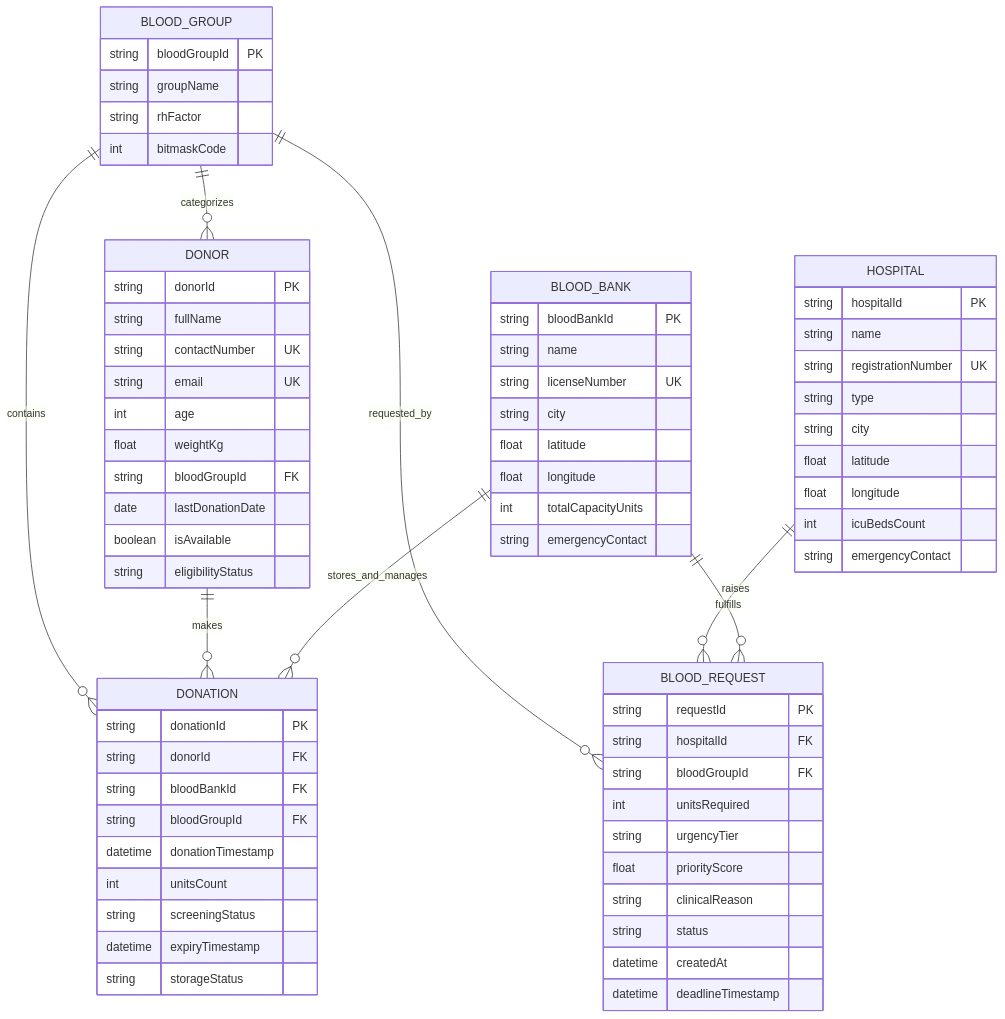
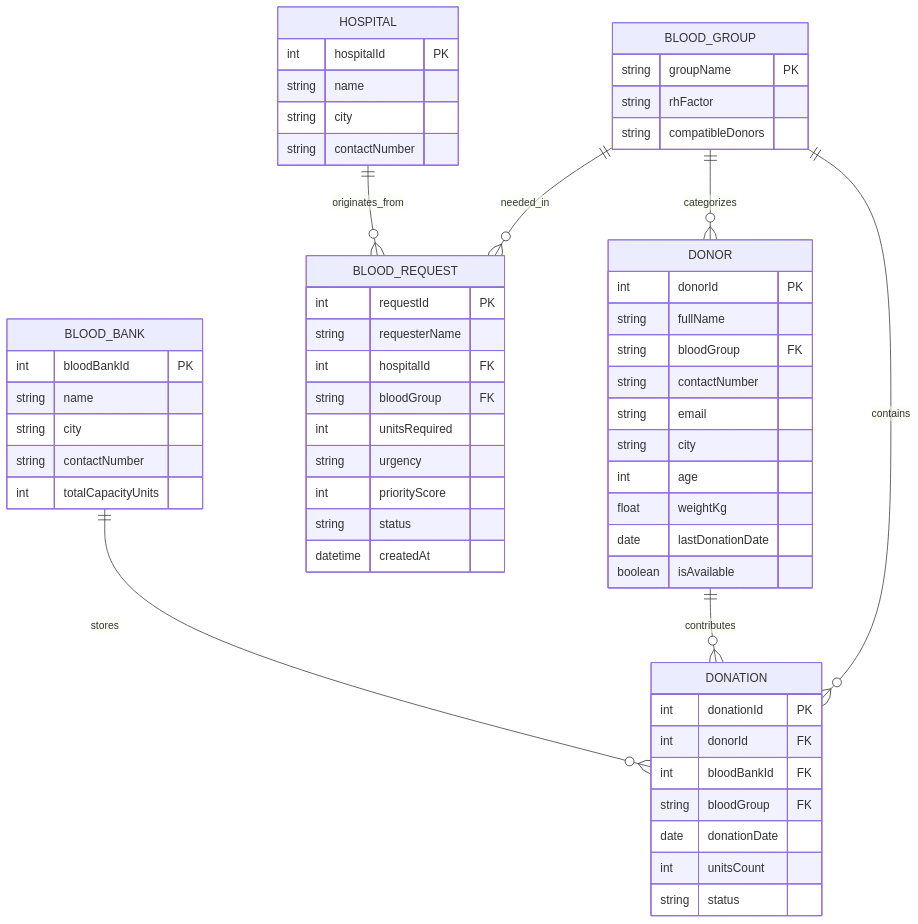
The first of 2 diagrams in docs/03_entity_definitions.md (Shrey113/Assignment-1), drawn with Mermaid before and after one commit. The commit also changed other lines of this file and 14 other files, not shown here.

Commit message:
refactor: simplify architecture, workflows, and DS flow for fast development

````diff
--- a/docs/03_entity_definitions.md
+++ b/docs/03_entity_definitions.md
@@ -10,80 +10,67 @@
 ```mermaid
 erDiagram
     BLOOD_GROUP ||--o{ DONOR : "categorizes"
-    BLOOD_GROUP ||--o{ BLOOD_REQUEST : "requested_by"
+    BLOOD_GROUP ||--o{ BLOOD_REQUEST : "needed_in"
     BLOOD_GROUP ||--o{ DONATION : "contains"
     
-    DONOR ||--o{ DONATION : "makes"
-    BLOOD_BANK ||--o{ DONATION : "stores_and_manages"
+    DONOR ||--o{ DONATION : "contributes"
+    BLOOD_BANK ||--o{ DONATION : "stores"
     
-    HOSPITAL ||--o{ BLOOD_REQUEST : "raises"
-    BLOOD_BANK ||--o{ BLOOD_REQUEST : "fulfills"
+    HOSPITAL ||--o{ BLOOD_REQUEST : "originates_from"
     
     DONOR {
-        string donorId PK
+        int donorId PK
         string fullName
-        string contactNumber UK
-        string email UK
+        string bloodGroup FK
+        string contactNumber
+        string email
+        string city
         int age
         float weightKg
-        string bloodGroupId FK
         date lastDonationDate
         boolean isAvailable
-        string eligibilityStatus
     }
 
     BLOOD_GROUP {
-        string bloodGroupId PK
-        string groupName
+        string groupName PK
         string rhFactor
-        int bitmaskCode
+        string compatibleDonors
     }
 
     DONATION {
-        string donationId PK
-        string donorId FK
-        string bloodBankId FK
-        string bloodGroupId FK
-        datetime donationTimestamp
+        int donationId PK
+        int donorId FK
+        int bloodBankId FK
+        string bloodGroup FK
+        date donationDate
         int unitsCount
-        string screeningStatus
-        datetime expiryTimestamp
-        string storageStatus
+        string status
     }
 
     BLOOD_BANK {
-        string bloodBankId PK
+        int bloodBankId PK
         string name
-        string licenseNumber UK
         string city
-        float latitude
-        float longitude
+        string contactNumber
         int totalCapacityUnits
-        string emergencyContact
     }
 
     HOSPITAL {
-        string hospitalId PK
+        int hospitalId PK
         string name
-        string registrationNumber UK
-        string type
         string city
-        float latitude
-        float longitude
-        int icuBedsCount
-        string emergencyContact
+        string contactNumber
     }
 
     BLOOD_REQUEST {
-        string requestId PK
-        string hospitalId FK
-        string bloodGroupId FK
+        int requestId PK
+        string requesterName
+        int hospitalId FK
+        string bloodGroup FK
         int unitsRequired
-        string urgencyTier
-        float priorityScore
-        string clinicalReason
+        string urgency
+        int priorityScore
         string status
         datetime createdAt
-        datetime deadlineTimestamp
     }
 ```
````
